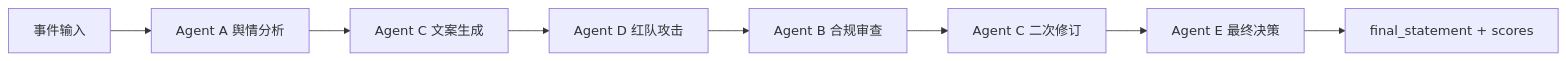
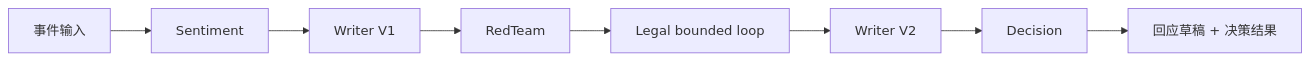
Before and after one commit to Zzzzzzzuj/CrisisAgent: the third of 6 diagrams in docs/architecture-diagram.md, drawn with Mermaid. The commit also changed other lines of this file and 7 other files, not shown here.

````diff
--- a/docs/architecture-diagram.md
+++ b/docs/architecture-diagram.md
@@ -51,10 +41,10 @@
 ```mermaid
 flowchart LR
-    A["事件输入"] --> B["Agent A 舆情分析"]
-    B --> C["Agent C 文案生成"]
-    C --> D["Agent D 红队攻击"]
-    D --> E["Agent B 合规审查"]
-    E --> F["Agent C 二次修订"]
-    F --> G["Agent E 最终决策"]
-    G --> H["final_statement + scores"]
+    A["事件输入"] --> B["Sentiment"]
+    B --> C["Writer V1"]
+    C --> D["RedTeam"]
+    D --> E["Legal bounded loop"]
+    E --> F["Writer V2"]
+    F --> G["Decision"]
+    G --> H["回应草稿 + 决策结果"]
 ```
````
